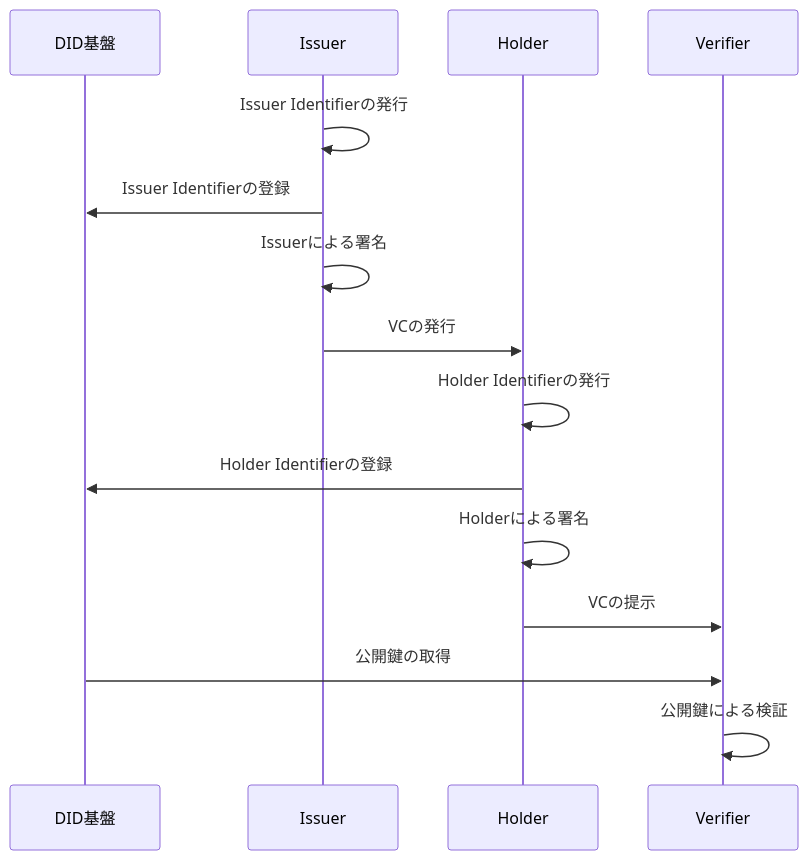
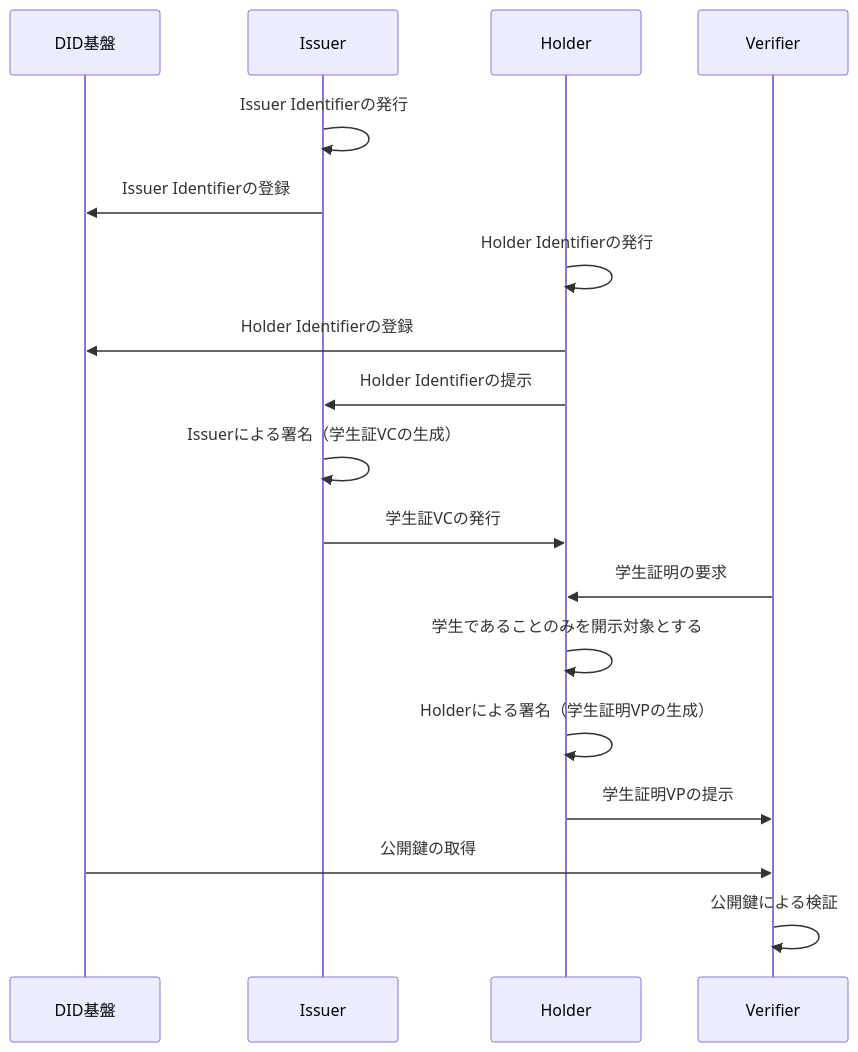
One commit to TrustedWebPromotionCouncil/trusted-web-implementation-guideline changed the diagram in A_パターン/学生証を用いた学割のユースケース.md. Above: the diagram before and after it, drawn with Mermaid. The commit also changed other lines of this file, not shown here.

````diff
--- a/A_パターン/学生証を用いた学割のユースケース.md
+++ b/A_パターン/学生証を用いた学割のユースケース.md
@@ -79,14 +97,17 @@
 ```mermaid
 sequenceDiagram
 participant DID基盤
     Issuer ->> Issuer: Issuer Identifierの発行
     Issuer ->> DID基盤: Issuer Identifierの登録
-    Issuer ->> Issuer: Issuerによる署名
-    Issuer ->> Holder: VCの発行
     Holder ->> Holder: Holder Identifierの発行
     Holder ->> DID基盤: Holder Identifierの登録
-    Holder ->> Holder: Holderによる署名
-    Holder ->> Verifier: VCの提示
+    Holder ->> Issuer: Holder Identifierの提示
+    Issuer ->> Issuer: Issuerによる署名（学生証VCの生成）
+    Issuer ->> Holder: 学生証VCの発行
+    Verifier ->> Holder: 学生証明の要求
+    Holder ->> Holder: 学生であることのみを開示対象とする
+    Holder ->> Holder: Holderによる署名（学生証明VPの生成）
+    Holder ->> Verifier: 学生証明VPの提示
     DID基盤 ->> Verifier: 公開鍵の取得
     Verifier ->> Verifier: 公開鍵による検証
 ```
````
